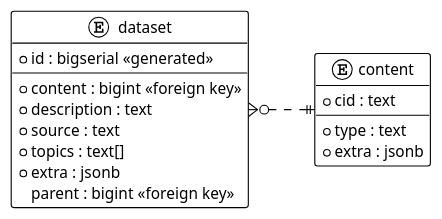
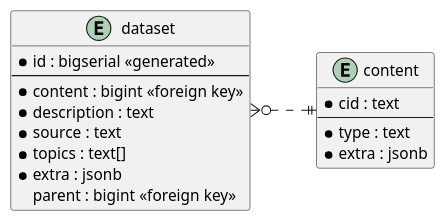
The diagram in thesis/figures/db.puml (ComLaKe/core), drawn with PlantUML before and after one commit. The commit also changed 17 other files, not shown here.

```diff
--- a/thesis/figures/db.puml
+++ b/thesis/figures/db.puml
@@ -1,24 +1,23 @@
 @startuml
-!theme plain
 left to right direction
 
 entity content {
     * cid : text
     --
     * type : text
     * extra : jsonb
 }
 
 entity dataset {
     * id : bigserial <<generated>>
     --
     * content : bigint <<foreign key>>
     * description : text
     * source : text
     * topics : text[]
     * extra : jsonb
     parent : bigint <<foreign key>>
 }
 
 dataset }o..|| content
 @enduml
```
